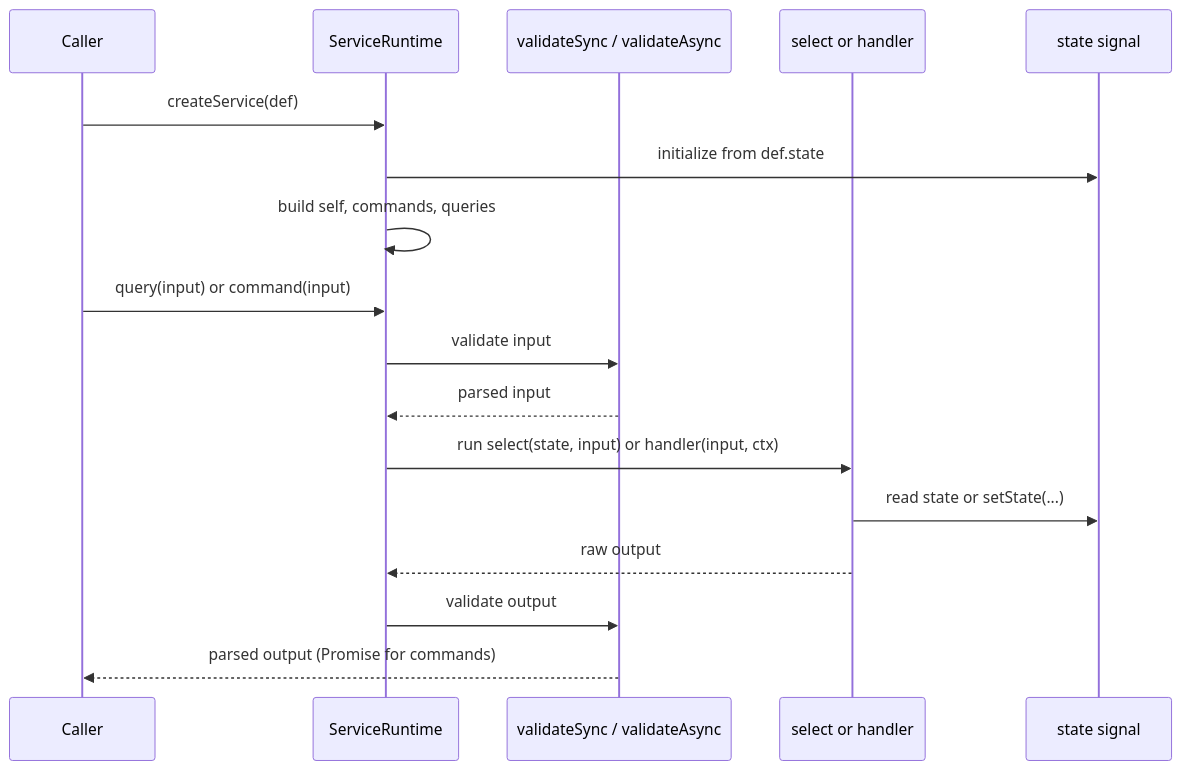
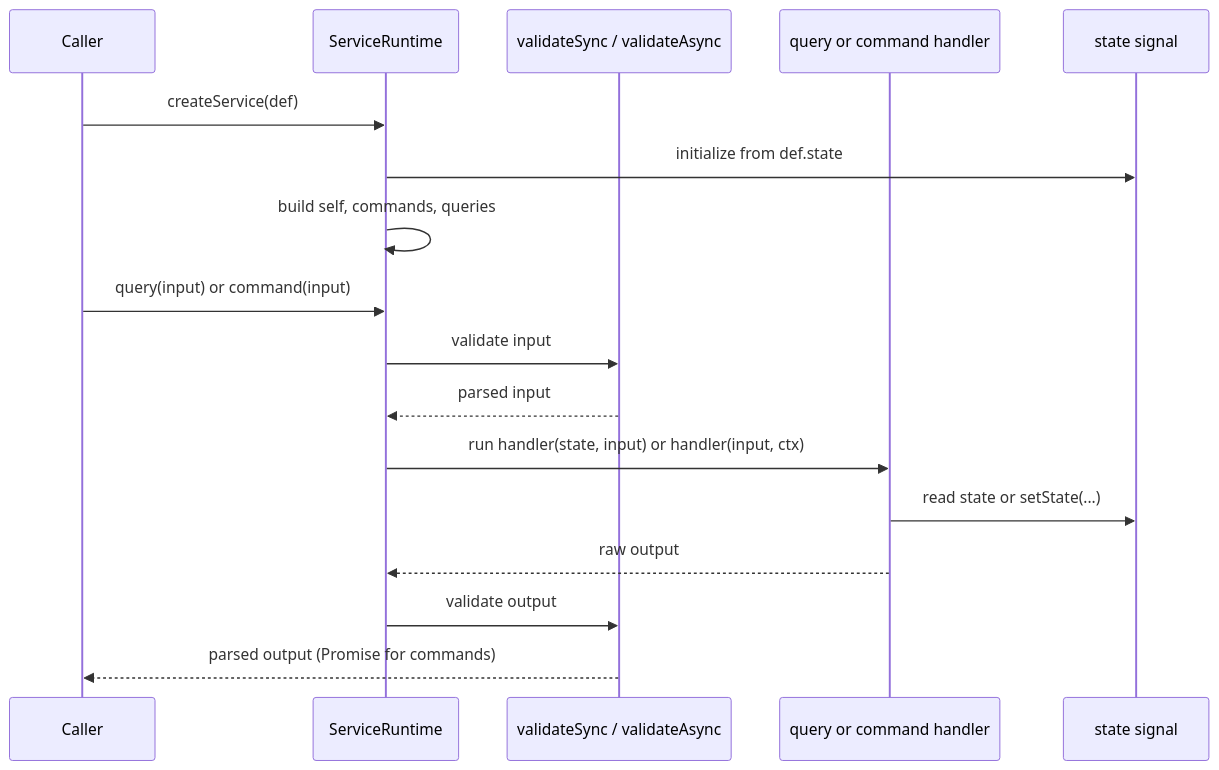
Before and after one commit to storybookjs/storybook: the second of 5 diagrams in code/core/src/service/README.md, drawn with Mermaid. The commit also changed other lines of this file and 11 other files, not shown here.

First line of the commit message:
feat(service): update query definitions to use 'handler' instead of 'select'

````diff
--- a/code/core/src/service/README.md
+++ b/code/core/src/service/README.md
@@ -186,21 +186,21 @@
 ```mermaid
 sequenceDiagram
   participant Caller
   participant Runtime as ServiceRuntime
   participant Schema as validateSync / validateAsync
-  participant Op as select or handler
+  participant Op as query or command handler
   participant State as state signal
 
   Caller->>Runtime: createService(def)
   Runtime->>State: initialize from def.state
   Runtime->>Runtime: build self, commands, queries
 
   Caller->>Runtime: query(input) or command(input)
   Runtime->>Schema: validate input
   Schema-->>Runtime: parsed input
-  Runtime->>Op: run select(state, input) or handler(input, ctx)
+  Runtime->>Op: run handler(state, input) or handler(input, ctx)
   Op->>State: read state or setState(...)
   Op-->>Runtime: raw output
   Runtime->>Schema: validate output
   Schema-->>Caller: parsed output (Promise for commands)
 ```
````
